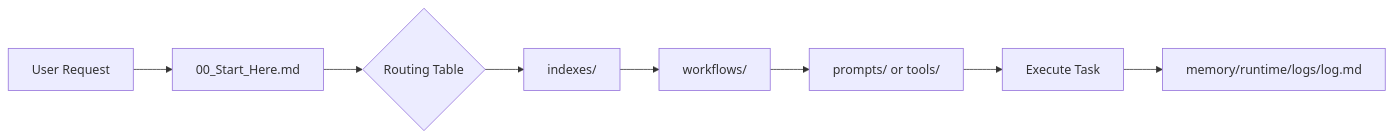
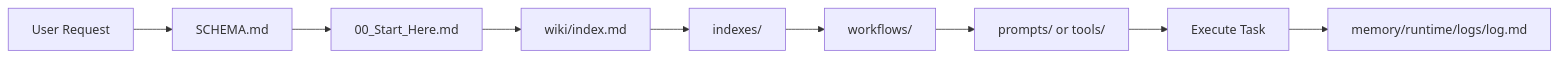
One commit to Eddieargenal/aba-library changed the third of 7 diagrams in architecture.md. Above: the diagram before and after it, drawn with Mermaid. The commit also changed other lines of this file and 11 other files, not shown here.

````diff
--- a/architecture.md
+++ b/architecture.md
@@ -40,10 +58,11 @@
 ```mermaid
 flowchart LR
-    A[User Request] --> B[00_Start_Here.md]
-    B --> C{Routing Table}
-    C --> D[indexes/]
+    A[User Request] --> SC[SCHEMA.md]
+    SC --> B[00_Start_Here.md]
+    B --> WI[wiki/index.md]
+    WI --> D[indexes/]
     D --> E[workflows/]
     E --> F[prompts/ or tools/]
     F --> G[Execute Task]
     G --> H[memory/runtime/logs/log.md]
 ```
````
